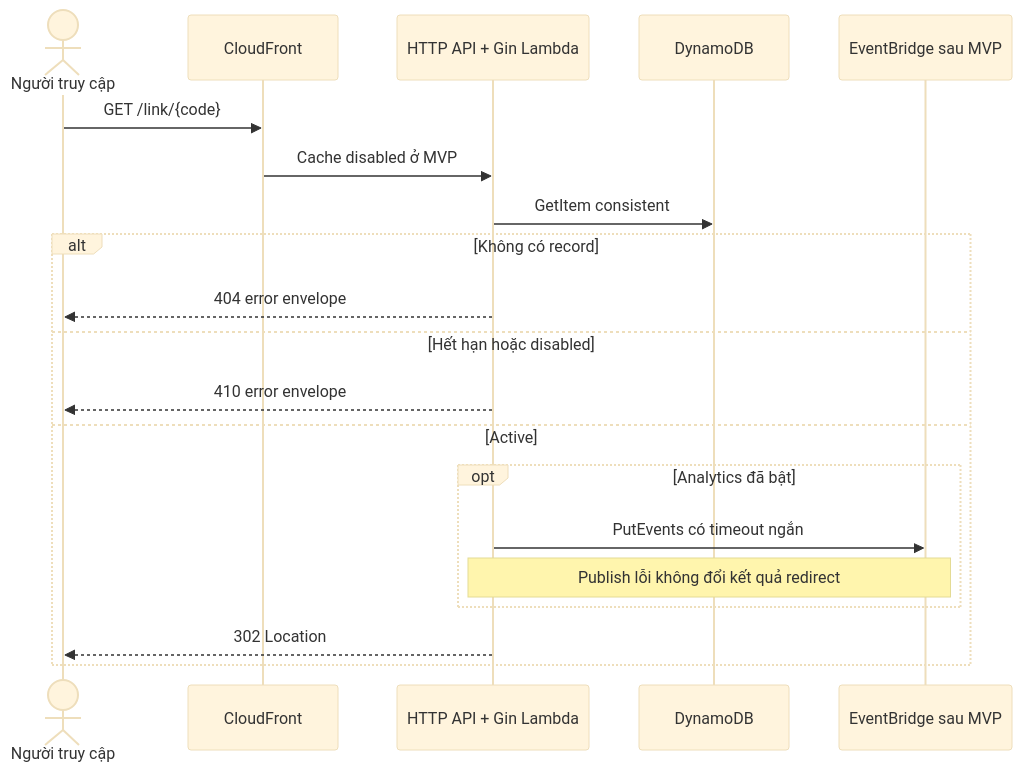
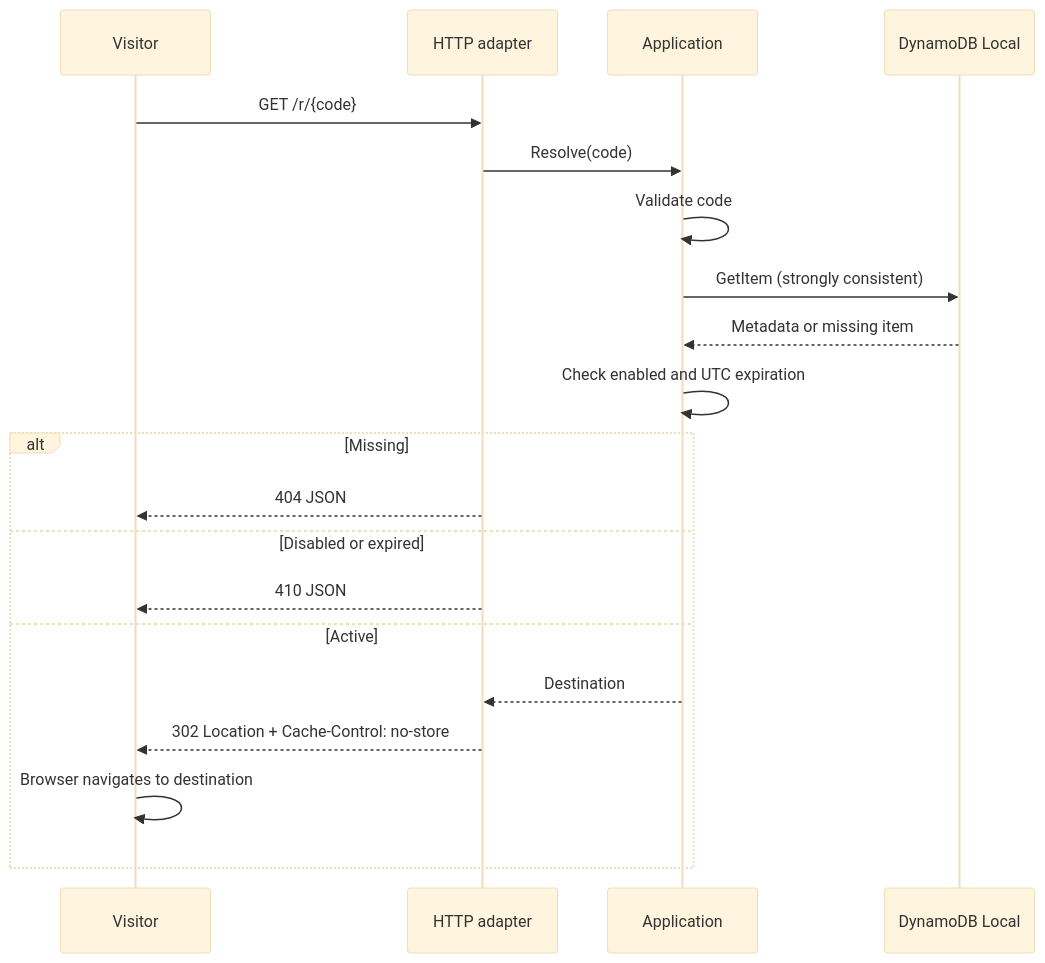
One commit to TrieuNguyenPhu/shorten-link changed the third of 4 diagrams in docs/architecture.md. Above: the diagram before and after it, drawn with Mermaid (base theme). The commit also changed other lines of this file and 153 other files, not shown here.

````diff
--- a/docs/architecture.md
+++ b/docs/architecture.md
@@ -183,23 +72,22 @@
 ```mermaid
 sequenceDiagram
-  actor U as Người truy cập
-  participant E as CloudFront
-  participant A as HTTP API + Gin Lambda
-  participant D as DynamoDB
-  participant B as EventBridge sau MVP
-
-  U->>E: GET /link/{code}
-  E->>A: Cache disabled ở MVP
-  A->>D: GetItem consistent
-  alt Không có record
-    A-->>U: 404 error envelope
-  else Hết hạn hoặc disabled
-    A-->>U: 410 error envelope
+  participant V as Visitor
+  participant H as HTTP adapter
+  participant A as Application
+  participant D as DynamoDB Local
+  V->>H: GET /r/{code}
+  H->>A: Resolve(code)
+  A->>A: Validate code
+  A->>D: GetItem (strongly consistent)
+  D-->>A: Metadata or missing item
+  A->>A: Check enabled and UTC expiration
+  alt Missing
+    H-->>V: 404 JSON
+  else Disabled or expired
+    H-->>V: 410 JSON
   else Active
-    opt Analytics đã bật
-      A->>B: PutEvents có timeout ngắn
-      Note over A,B: Publish lỗi không đổi kết quả redirect
-    end
-    A-->>U: 302 Location
+    A-->>H: Destination
+    H-->>V: 302 Location + Cache-Control: no-store
+    V->>V: Browser navigates to destination
   end
 ```
````
